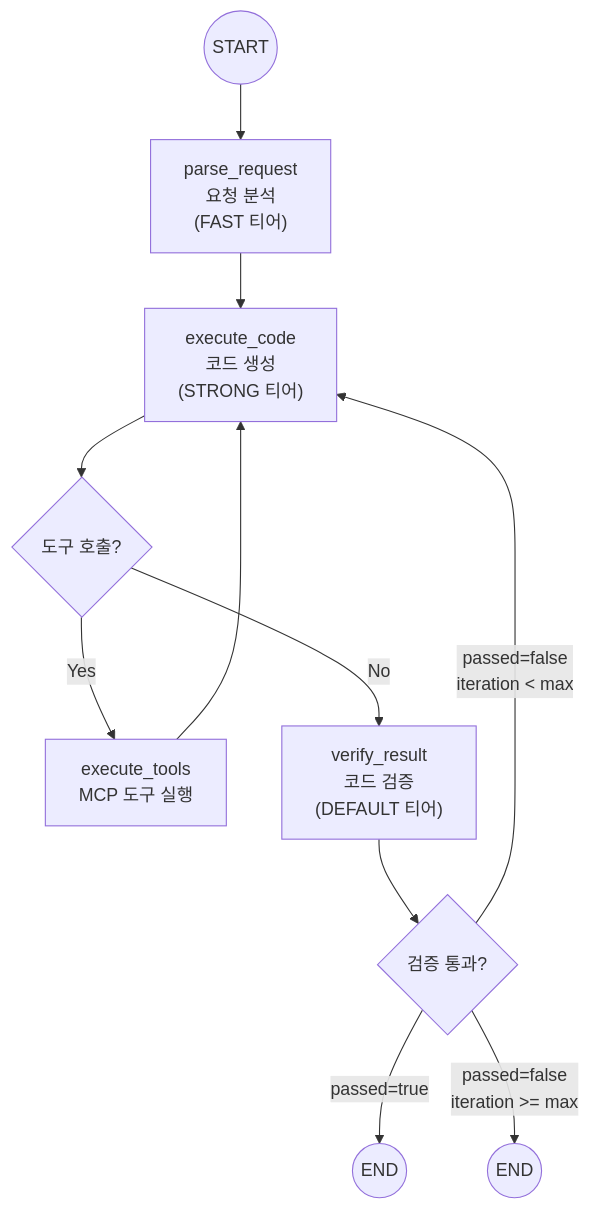
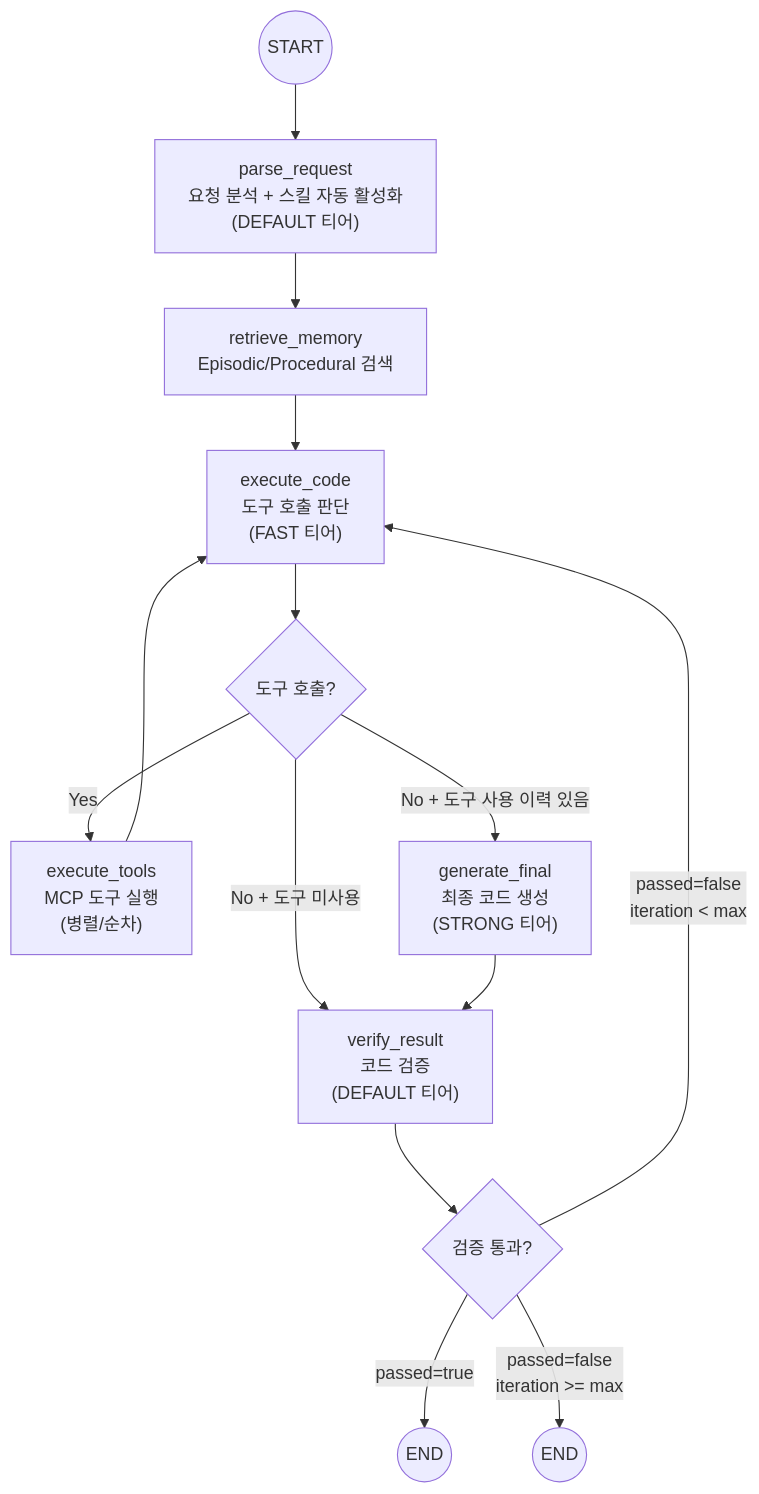
The fourth of 16 diagrams in docs/ARCHITECTURE.md (youngs75/youngs75_coding_ai_agent), drawn with Mermaid before and after one commit. The commit also changed other lines of this file and 15 other files, not shown here.

````diff
--- a/docs/ARCHITECTURE.md
+++ b/docs/ARCHITECTURE.md
@@ -140,13 +174,16 @@
 ```mermaid
 graph TD
-    START((START)) --> PARSE["parse_request<br/>요청 분석<br/>(FAST 티어)"]
-    PARSE --> EXEC["execute_code<br/>코드 생성<br/>(STRONG 티어)"]
+    START((START)) --> PARSE["parse_request<br/>요청 분석 + 스킬 자동 활성화<br/>(DEFAULT 티어)"]
+    PARSE --> MEM["retrieve_memory<br/>Episodic/Procedural 검색"]
+    MEM --> EXEC["execute_code<br/>도구 호출 판단<br/>(FAST 티어)"]
     EXEC --> ROUTE{도구 호출?}
-    ROUTE -->|Yes| TOOLS["execute_tools<br/>MCP 도구 실행"]
-    ROUTE -->|No| VERIFY["verify_result<br/>코드 검증<br/>(DEFAULT 티어)"]
+    ROUTE -->|Yes| TOOLS["execute_tools<br/>MCP 도구 실행<br/>(병렬/순차)"]
     TOOLS --> EXEC
+    ROUTE -->|"No + 도구 사용 이력 있음"| GEN["generate_final<br/>최종 코드 생성<br/>(STRONG 티어)"]
+    ROUTE -->|"No + 도구 미사용"| VERIFY
+    GEN --> VERIFY["verify_result<br/>코드 검증<br/>(DEFAULT 티어)"]
     VERIFY --> RETRY{검증 통과?}
     RETRY -->|passed=true| END_OK((END))
-    RETRY -->|passed=false<br/>iteration < max| EXEC
-    RETRY -->|passed=false<br/>iteration >= max| END_FAIL((END))
+    RETRY -->|"passed=false<br/>iteration < max"| EXEC
+    RETRY -->|"passed=false<br/>iteration >= max"| END_FAIL((END))
 ```
````
